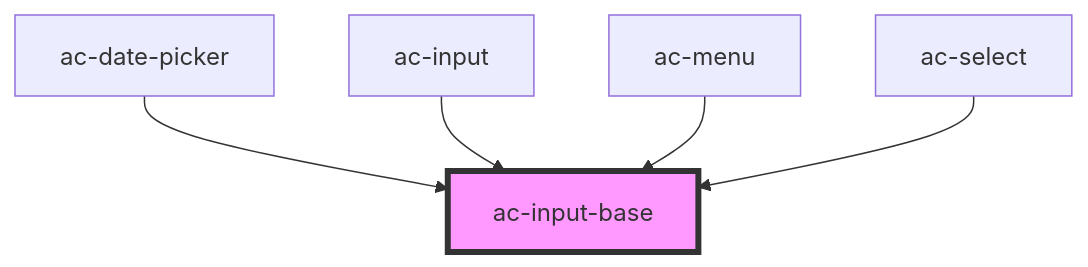
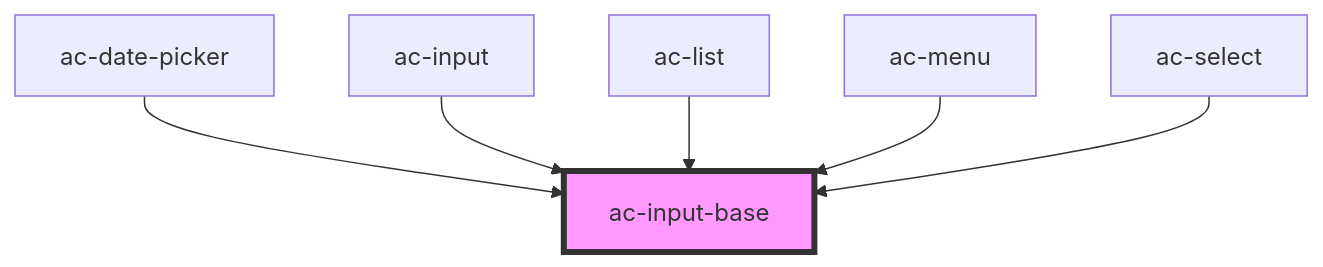
One commit to accera-tech/solar-components changed the diagram in src/components/atoms/ac-input-base/readme.md. Above: the diagram before and after it, drawn with Mermaid. The commit also changed other lines of this file and 11 other files, not shown here.

````diff
--- a/src/components/atoms/ac-input-base/readme.md
+++ b/src/components/atoms/ac-input-base/readme.md
@@ -38907,8 +38908,9 @@
 ```mermaid
 graph TD;
   ac-date-picker --> ac-input-base
   ac-input --> ac-input-base
+  ac-list --> ac-input-base
   ac-menu --> ac-input-base
   ac-select --> ac-input-base
   style ac-input-base fill:#f9f,stroke:#333,stroke-width:4px
 ```
````
